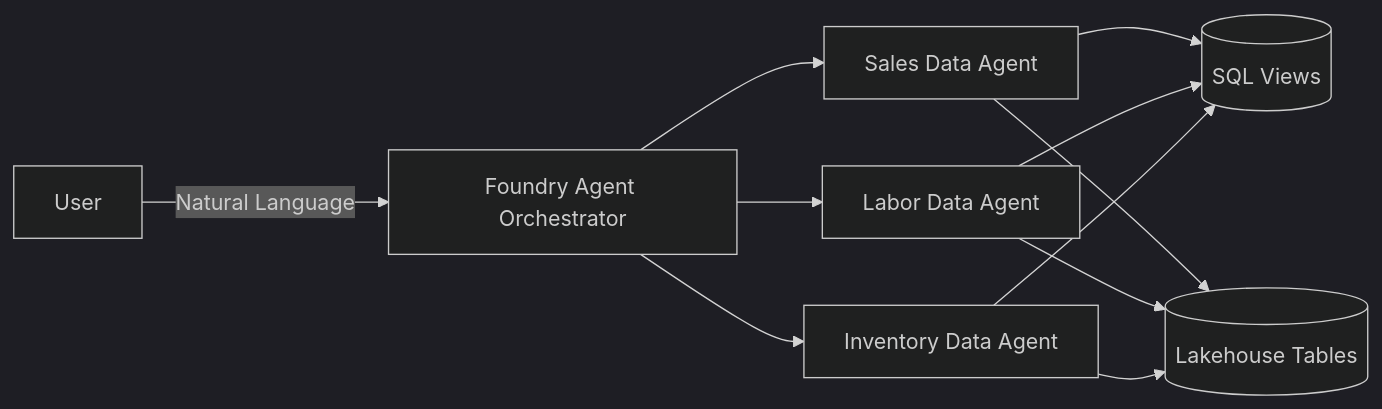
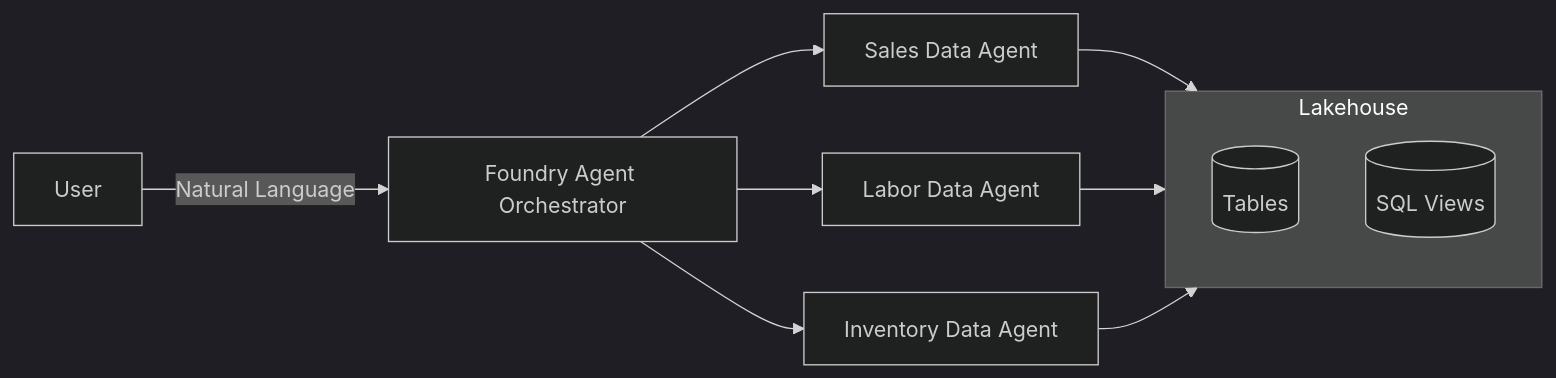
The second of 3 diagrams in README.md (pooja109/retail-store-intelligence), drawn with Mermaid (dark theme) before and after one commit. The commit also changed other lines of this file, not shown here.

````diff
--- a/README.md
+++ b/README.md
@@ -41,13 +42,14 @@
 ```mermaid
 graph LR
     User -->|Natural Language| FA[Foundry Agent Orchestrator]
     FA --> SA[Sales Data Agent]
     FA --> LA[Labor Data Agent]
     FA --> IA[Inventory Data Agent]
-    SA --> SQL[(SQL Views)]
-    SA --> LH[(Lakehouse Tables)]
-    LA --> SQL
+    SA --> LH
     LA --> LH
-    IA --> SQL
     IA --> LH
+    subgraph LH[Lakehouse]
+        Tables[(Tables)]
+        Views[(SQL Views)]
+    end
 ```
````
